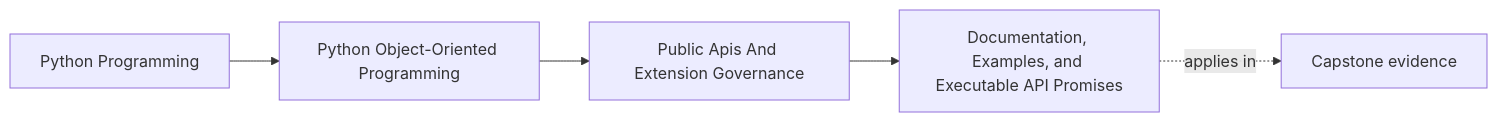
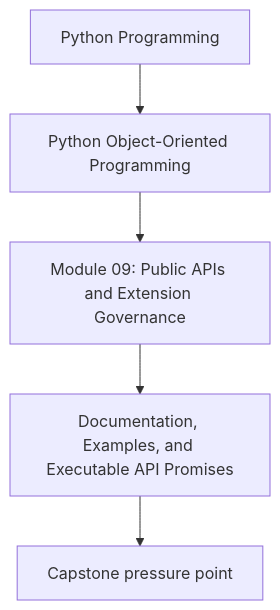
The first of 2 diagrams in programs/python-programming/python-object-oriented-programming/course-book/module-09-public-apis-and-extension-governance/documentation-examples-and-executable-api-promises.md (bijux/bijux-masterclass), drawn with Mermaid before and after one commit. The commit also changed other lines of this file and 107 other files, not shown here.

Commit message:
docs(python-object-oriented-programming): align concept page diagrams

````diff
--- a/programs/python-programming/python-object-oriented-programming/course-book/module-09-public-apis-and-extension-governance/documentation-examples-and-executable-api-promises.md
+++ b/programs/python-programming/python-object-oriented-programming/course-book/module-09-public-apis-and-extension-governance/documentation-examples-and-executable-api-promises.md
@@ -7,11 +7,7 @@
 ```mermaid
-graph LR
-  family["Python Programming"]
-  program["Python Object-Oriented Programming"]
-  section["Public Apis And Extension Governance"]
-  page["Documentation, Examples, and Executable API Promises"]
-  capstone["Capstone evidence"]
-
-  family --> program --> section --> page
-  page -.applies in.-> capstone
+flowchart TD
+  family["Python Programming"] --> program["Python Object-Oriented Programming"]
+  program --> module["Module 09: Public APIs and Extension Governance"]
+  module --> concept["Documentation, Examples, and Executable API Promises"]
+  concept --> capstone["Capstone pressure point"]
 ```
````
